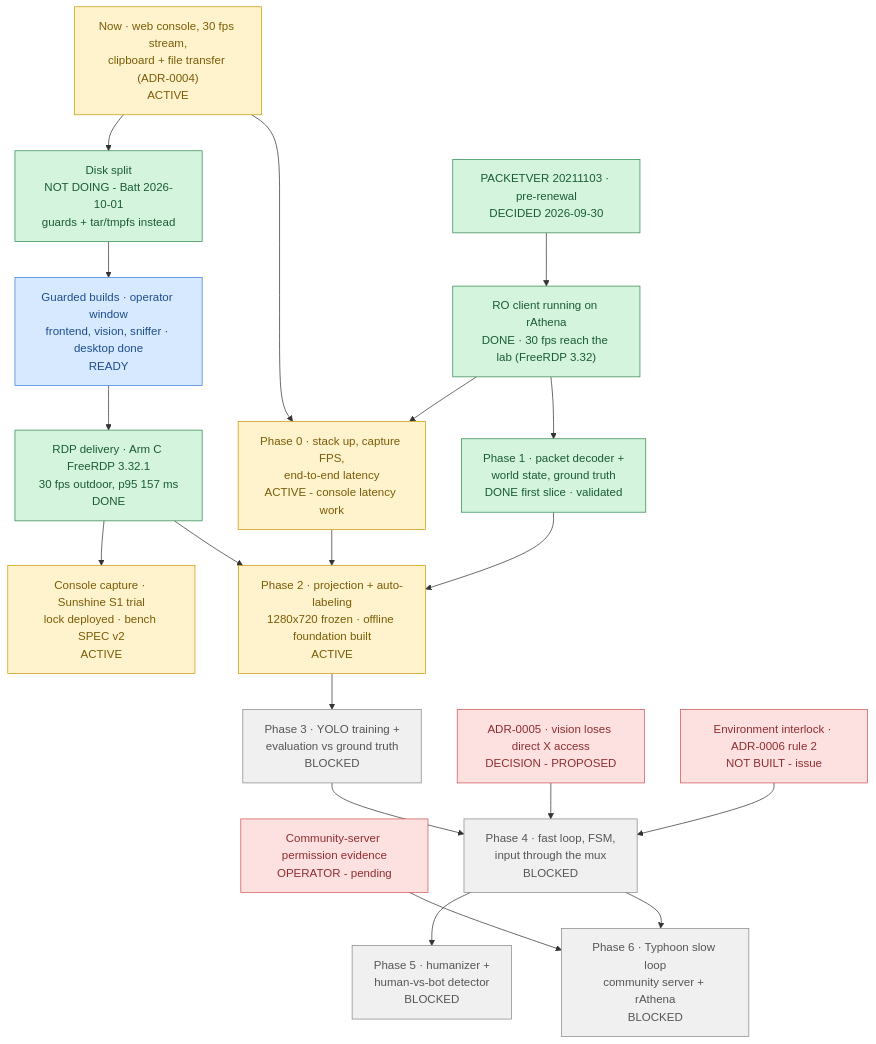
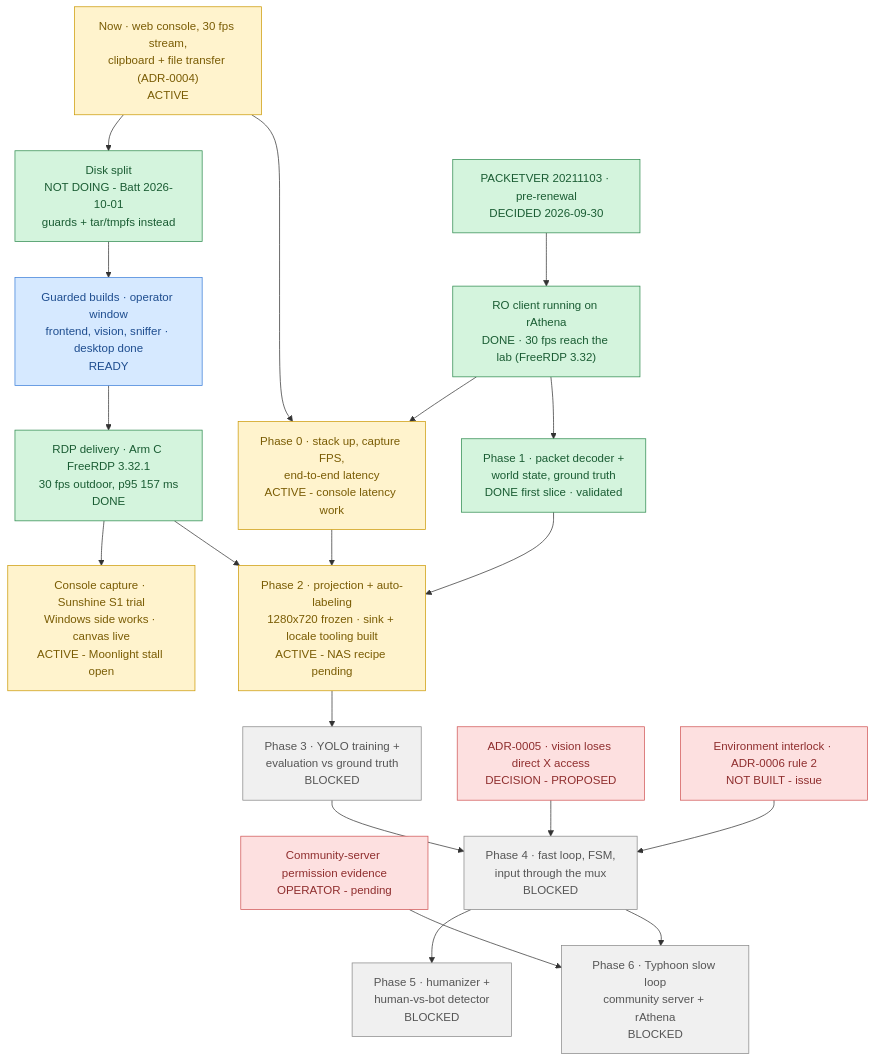
The diagram in docs/ROADMAP.md (lumduan/poring-lab), drawn with Mermaid before and after one commit. The commit also changed other lines of this file and 21 other files, not shown here.

````diff
--- a/docs/ROADMAP.md
+++ b/docs/ROADMAP.md
@@ -11,50 +11,50 @@
 ```mermaid
 flowchart TD
     N1["Now · web console, 30 fps stream,<br/>clipboard + file transfer (ADR-0004)<br/>ACTIVE"]
     N2["Disk split<br/>NOT DOING - Batt 2026-10-01<br/>guards + tar/tmpfs instead"]
     N3["Guarded builds · operator window<br/>frontend, vision, sniffer · desktop done<br/>READY"]
     D1["PACKETVER 20211103 · pre-renewal<br/>DECIDED 2026-09-30"]
     S1["RO client running on rAthena<br/>DONE · 30 fps reach the lab (FreeRDP 3.32)"]
     D2["ADR-0005 · vision loses direct X access<br/>DECISION - PROPOSED"]
     D3["Environment interlock · ADR-0006 rule 2<br/>NOT BUILT - issue"]
     E1["Community-server permission evidence<br/>OPERATOR - pending"]
     P0["Phase 0 · stack up, capture FPS,<br/>end-to-end latency<br/>ACTIVE - console latency work"]
     P1["Phase 1 · packet decoder +<br/>world state, ground truth<br/>DONE first slice · validated"]
     H1["RDP delivery · Arm C FreeRDP 3.32.1<br/>30 fps outdoor, p95 157 ms<br/>DONE"]
-    C1["Console capture · Sunshine S1 trial<br/>lock deployed · bench SPEC v2<br/>ACTIVE"]
-    P2["Phase 2 · projection + auto-labeling<br/>1280x720 frozen · offline foundation built<br/>ACTIVE"]
+    C1["Console capture · Sunshine S1 trial<br/>Windows side works · canvas live<br/>ACTIVE - Moonlight stall open"]
+    P2["Phase 2 · projection + auto-labeling<br/>1280x720 frozen · sink + locale tooling built<br/>ACTIVE - NAS recipe pending"]
     P3["Phase 3 · YOLO training +<br/>evaluation vs ground truth<br/>BLOCKED"]
     P4["Phase 4 · fast loop, FSM,<br/>input through the mux<br/>BLOCKED"]
     P5["Phase 5 · humanizer +<br/>human-vs-bot detector<br/>BLOCKED"]
     P6["Phase 6 · Typhoon slow loop<br/>community server + rAthena<br/>BLOCKED"]
 
     N1 --> N2 --> N3
     N3 --> H1
     H1 --> C1
     H1 --> P2
     D1 --> S1
     N1 --> P0
     S1 --> P0
     S1 --> P1
     P0 --> P2
     P1 --> P2
     P2 --> P3 --> P4
     D2 --> P4
     D3 --> P4
     E1 --> P6
     P4 --> P5
     P4 --> P6
 
     classDef done     fill:#d4f4dd,stroke:#2d8a4e,color:#1a5c33
     classDef active   fill:#fff3cd,stroke:#cc9a06,color:#7a5c04
     classDef ready    fill:#d6e9ff,stroke:#3b7dd8,color:#1e4d8f
     classDef blocked  fill:#f0f0f0,stroke:#888,color:#555
     classDef decision fill:#fde0e0,stroke:#d05555,color:#8f2e2e
     classDef goal     fill:#ede0fb,stroke:#8a5cd8,color:#4d2e8f
 
     class D1,S1,P1,N2,H1 done
     class N1,P0,C1,P2 active
     class N3 ready
     class D2,D3,E1 decision
     class P3,P4,P5,P6 blocked
 ```
````
